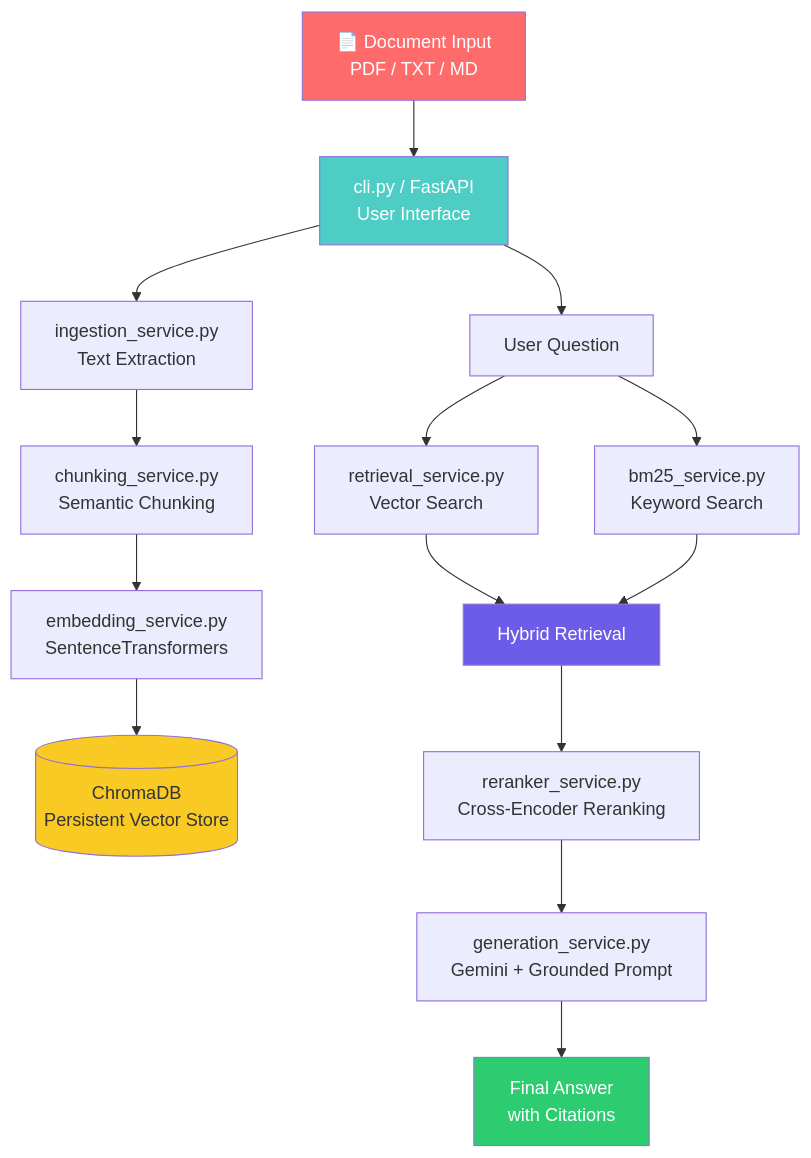
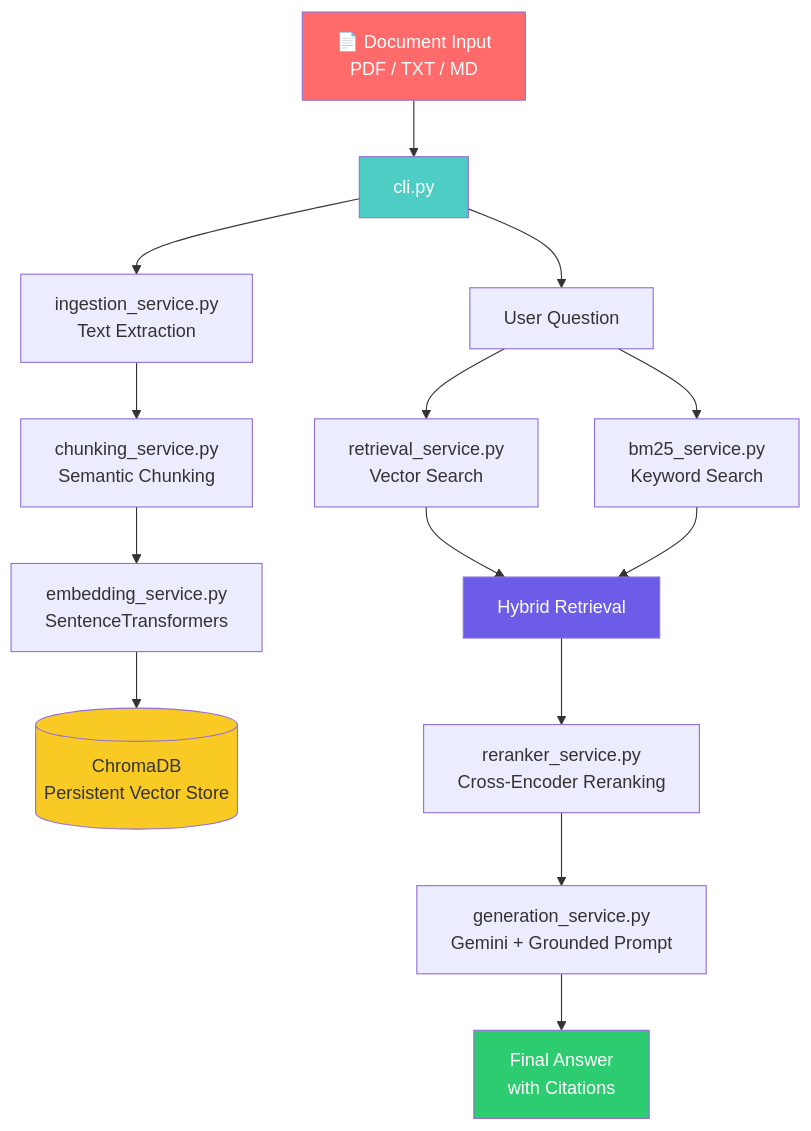
Before and after one commit to heyitsblackbird/Document-rag-knowledge-base: the first of 2 diagrams in README.md, drawn with Mermaid. The commit also changed other lines of this file, not shown here.

````diff
--- a/README.md
+++ b/README.md
@@ -53,28 +53,28 @@
 ```mermaid
 graph TD
-    A[📄 Document Input<br/>PDF / TXT / MD] --> B[cli.py / FastAPI<br/>User Interface]
+    A[📄 Document Input<br/>PDF / TXT / MD] --> B[cli.py]
 
     B --> C[ingestion_service.py<br/>Text Extraction]
     C --> D[chunking_service.py<br/>Semantic Chunking]
 
     D --> E[embedding_service.py<br/>SentenceTransformers]
     E --> F[(ChromaDB<br/>Persistent Vector Store)]
 
     B --> G[User Question]
     G --> H[retrieval_service.py<br/>Vector Search]
     G --> I[bm25_service.py<br/>Keyword Search]
 
     H --> J[Hybrid Retrieval]
     I --> J
 
     J --> K[reranker_service.py<br/>Cross-Encoder Reranking]
     K --> L[generation_service.py<br/>Gemini + Grounded Prompt]
 
     L --> M[Final Answer<br/>with Citations]
 
     style A fill:#ff6b6b,color:#fff
     style B fill:#4ecdc4,color:#fff
     style F fill:#f9ca24,color:#333
     style J fill:#6c5ce7,color:#fff
     style M fill:#2ecc71,color:#fff
 ```
````
